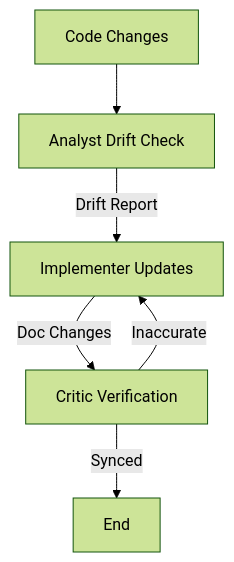
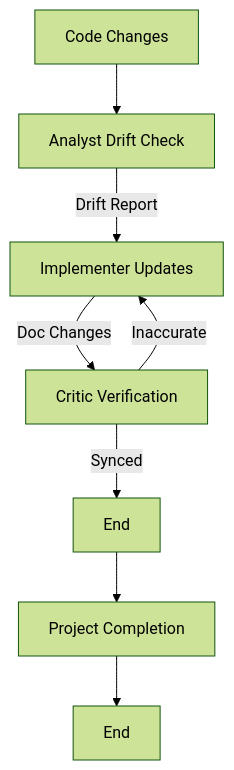
One commit to seanspiesman/Agents-and-Workflows changed the diagram in agents/workflows/DocumentationSync.workflow.md. Above: the diagram before and after it, drawn with Mermaid (forest theme). The commit also changed other lines of this file and 29 other files, not shown here.

````diff
--- a/agents/workflows/DocumentationSync.workflow.md
+++ b/agents/workflows/DocumentationSync.workflow.md
@@ -50,8 +59,10 @@
 ```mermaid
 flowchart TD
     A[Code Changes] --> B[Analyst Drift Check]
     B -->|Drift Report| C[Implementer Updates]
     C -->|Doc Changes| D[Critic Verification]
     D -->|Inaccurate| C
     D -->|Synced| E[End]
+    E --> F[Project Completion]
+    F --> G[End]
 ```
````
